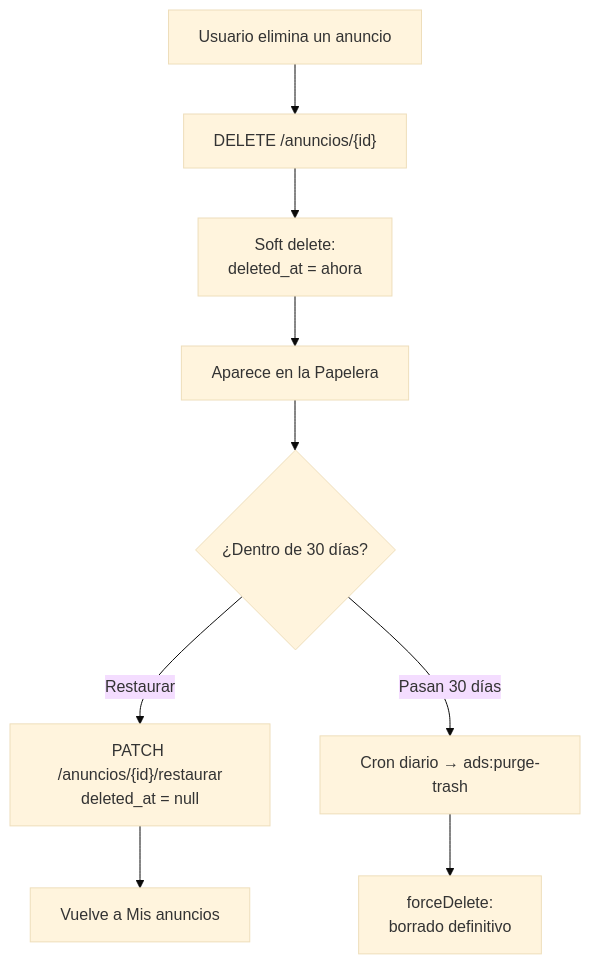
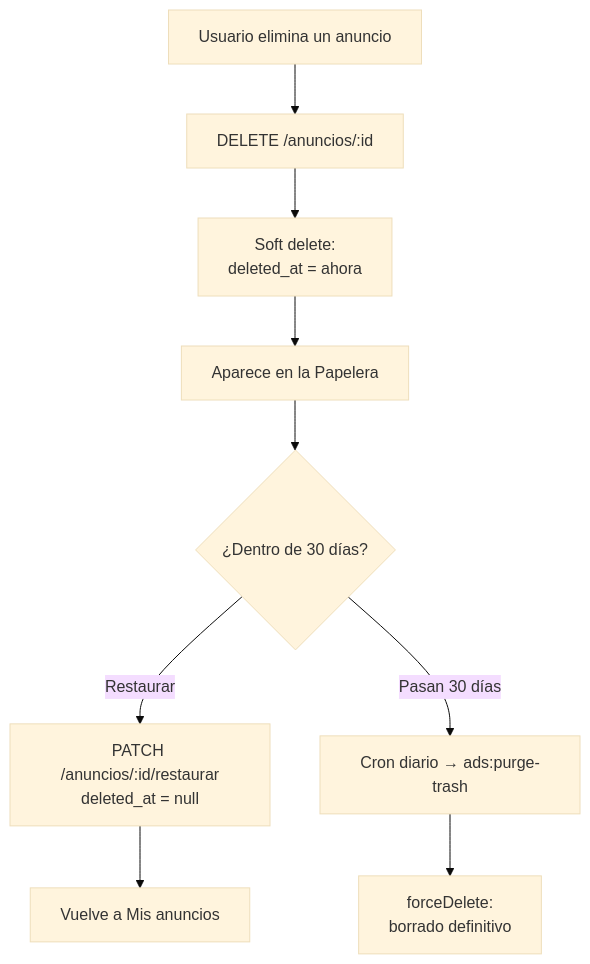
Before and after one commit to kitikazis/pasarela-culqi: the fourth of 5 diagrams in DIAGRAMAS.md, drawn with Mermaid (base theme). The commit also changed other lines of this file, not shown here.

First line of the commit message:
fix(docs): diagramas Mermaid renderizan (quita llaves {} de las etiquetas)

````diff
--- a/DIAGRAMAS.md
+++ b/DIAGRAMAS.md
@@ -66,11 +66,11 @@
 ```mermaid
 flowchart TD
-    A["Usuario elimina un anuncio"] --> B["DELETE /anuncios/{id}"]
+    A["Usuario elimina un anuncio"] --> B["DELETE /anuncios/:id"]
     B --> C["Soft delete:<br/>deleted_at = ahora"]
     C --> D["Aparece en la Papelera"]
     D --> E{"¿Dentro de 30 días?"}
-    E -->|"Restaurar"| F["PATCH /anuncios/{id}/restaurar<br/>deleted_at = null"]
+    E -->|"Restaurar"| F["PATCH /anuncios/:id/restaurar<br/>deleted_at = null"]
     E -->|"Pasan 30 días"| G["Cron diario → ads:purge-trash"]
     F --> H["Vuelve a Mis anuncios"]
     G --> I["forceDelete:<br/>borrado definitivo"]
 ```
````
